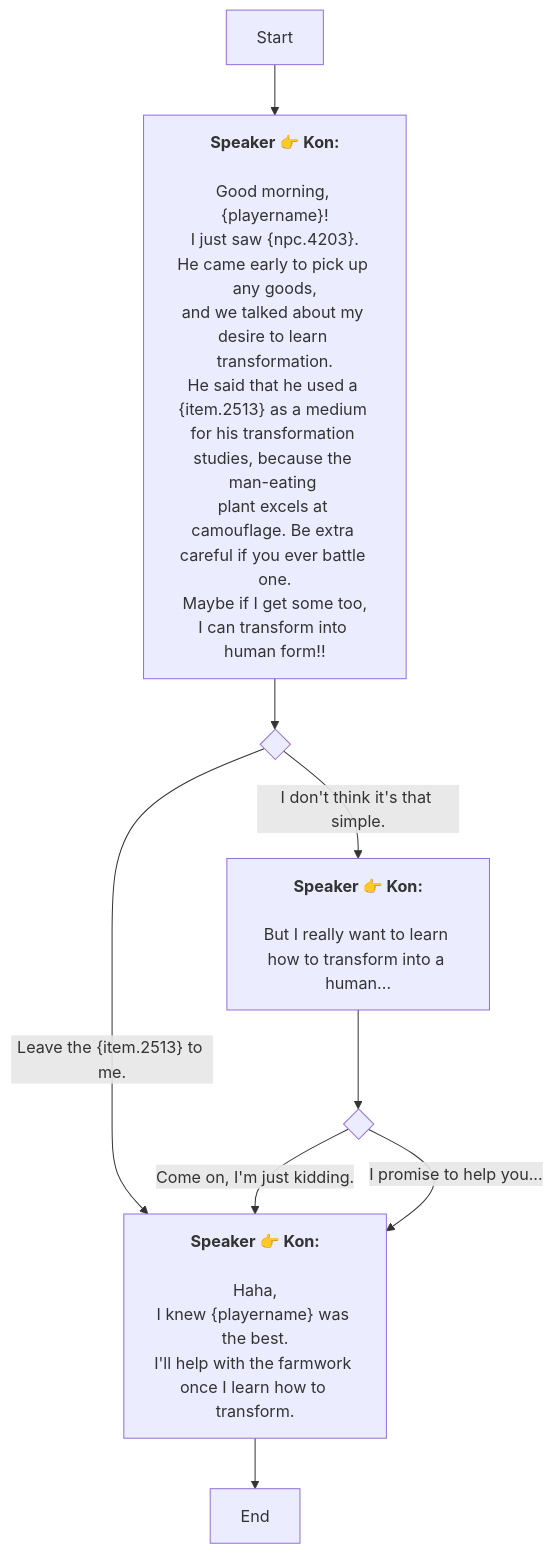
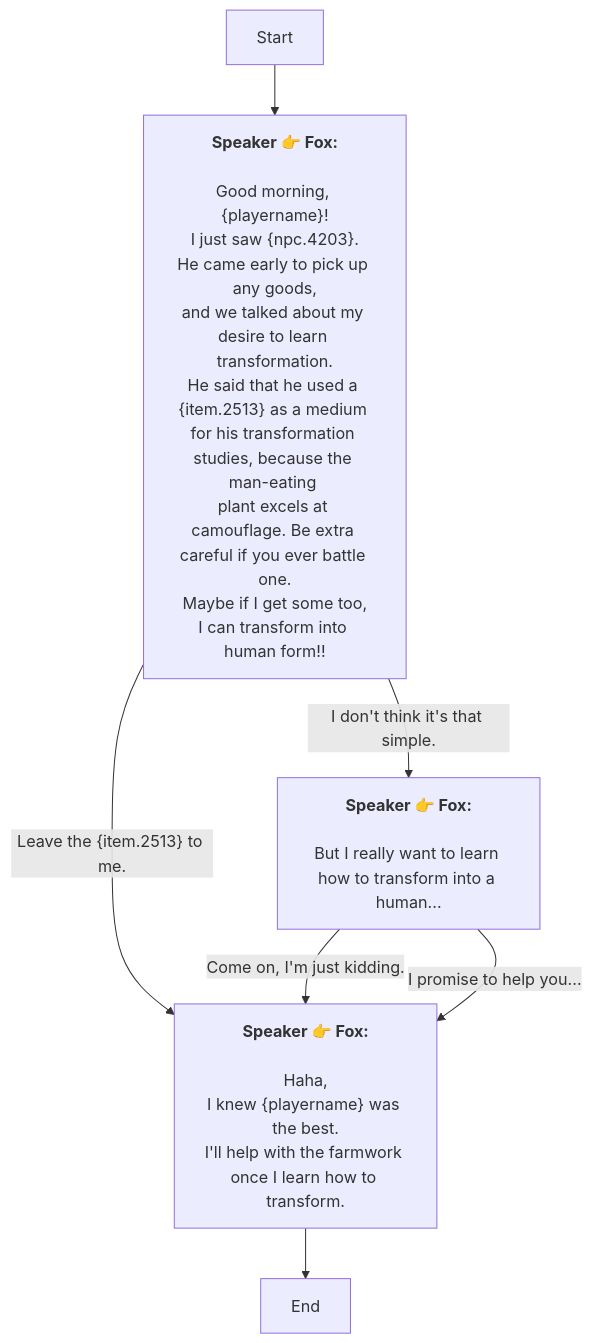
The diagram in En/QuestStartTalkENode_1738538277243034.md (SoftHu/tos_avg), drawn with Mermaid before and after one commit. The commit also changed 737 other files, not shown here.

````diff
--- a/En/QuestStartTalkENode_1738538277243034.md
+++ b/En/QuestStartTalkENode_1738538277243034.md
@@ -1,36 +1,26 @@
 ```mermaid
 graph
-Start -->1738538993755293[<b>Speaker 👉 Kon:</b>
-
-Good morning, &lbrace;playername&rbrace;!
-I just saw &lbrace;npc.4203&rbrace;.
+Start -->1738538993755293[<b>Speaker 👉 Fox:</b>
+\nGood morning, &lbrace;playername&rbrace;!\nI just saw &lbrace;npc.4203&rbrace;.
 He came early to pick up any goods,
-and we talked about my desire to learn transformation.
-He said that he used a &lbrace;item.2513&rbrace; as a medium 
+and we talked about my desire to learn transformation.\nHe said that he used a &lbrace;item.2513&rbrace; as a medium 
 for his transformation studies, because the man-eating 
-plant excels at camouflage. Be extra careful if you ever battle one.
-Maybe if I get some too,
+plant excels at camouflage. Be extra careful if you ever battle one.\nMaybe if I get some too,
 I can transform into human form!!]
-1738538993755293 -->1738539217236126{ }
-1738539217236126 -->|I don't think it's that simple.|1738539246921891[<b>Speaker 👉 Kon:</b>
-
-But I really want to learn how to transform into a human...]
-1738539217236126 -->|Leave the &lbrace;item.2513&rbrace; to me.|1738539326217385[<b>Speaker 👉 Kon:</b>
-
-Haha,
+1738538993755293 -->|I don't think it's that simple.|1738539246921891[<b>Speaker 👉 Fox:</b>
+\nBut I really want to learn how to transform into a human...]
+1738538993755293 -->|Leave the &lbrace;item.2513&rbrace; to me.|1738539326217385[<b>Speaker 👉 Fox:</b>
+\nHaha,
 I knew &lbrace;playername&rbrace; was the best.
 I'll help with the farmwork once I learn how to transform.]
-1738539246921891 -->1738539302740132{ }
-1738539302740132 -->|Come on, I'm just kidding.|1738539326217385[<b>Speaker 👉 Kon:</b>
-
-Haha,
+1738539246921891 -->|Come on, I'm just kidding.|1738539326217385[<b>Speaker 👉 Fox:</b>
+\nHaha,
 I knew &lbrace;playername&rbrace; was the best.
 I'll help with the farmwork once I learn how to transform.]
-1738539302740132 -->|I promise to help you...|1738539326217385[<b>Speaker 👉 Kon:</b>
-
-Haha,
+1738539246921891 -->|I promise to help you...|1738539326217385[<b>Speaker 👉 Fox:</b>
+\nHaha,
 I knew &lbrace;playername&rbrace; was the best.
 I'll help with the farmwork once I learn how to transform.]
 1738539326217385 -->1738539373948074[End]
 
- ```
+```
````
